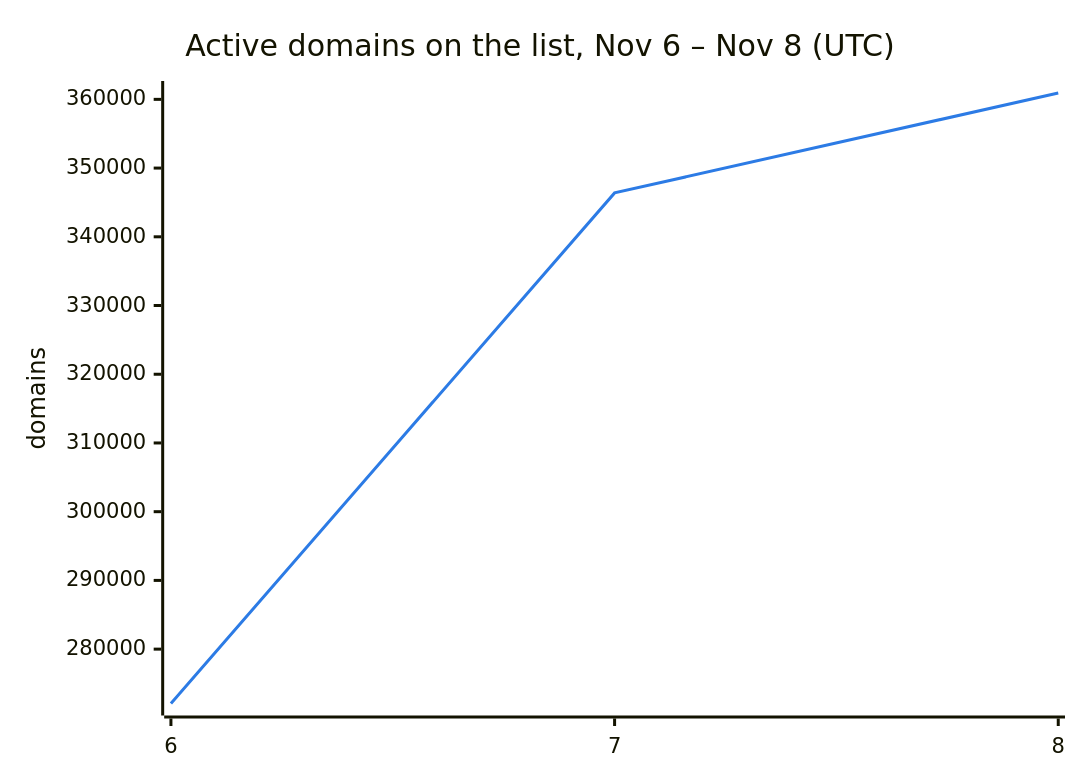
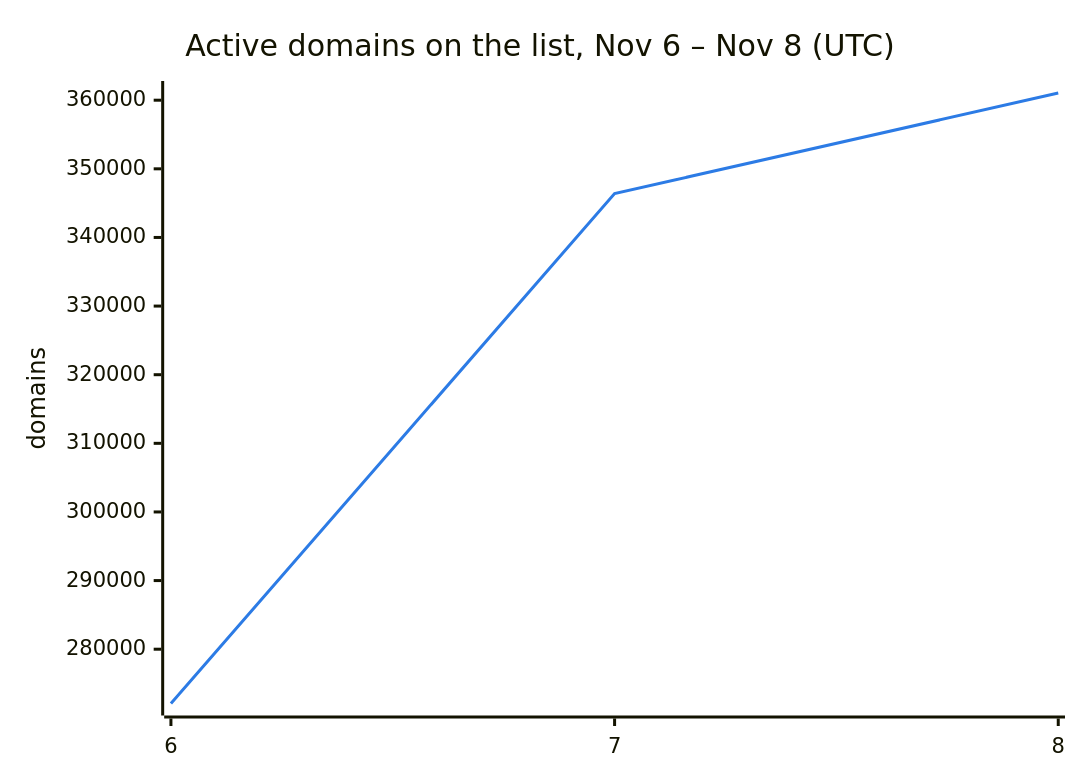
The second of 3 diagrams in README.md (DNSBunker/CTI), drawn with Mermaid before and after one commit. The commit also changed other lines of this file and 3 other files, not shown here.

````diff
--- a/README.md
+++ b/README.md
@@ -38,8 +38,8 @@
 ```mermaid
 %%{init: {"themeVariables": {"xyChart": {"plotColorPalette": "#2c7be5"}}}}%%
 xychart-beta
     title "Active domains on the list, Nov 6 – Nov 8 (UTC)"
     x-axis ["6", "7", "8"]
     y-axis "domains"
-    line [272088, 346388, 360925]
+    line [272088, 346388, 361049]
 ```
````
